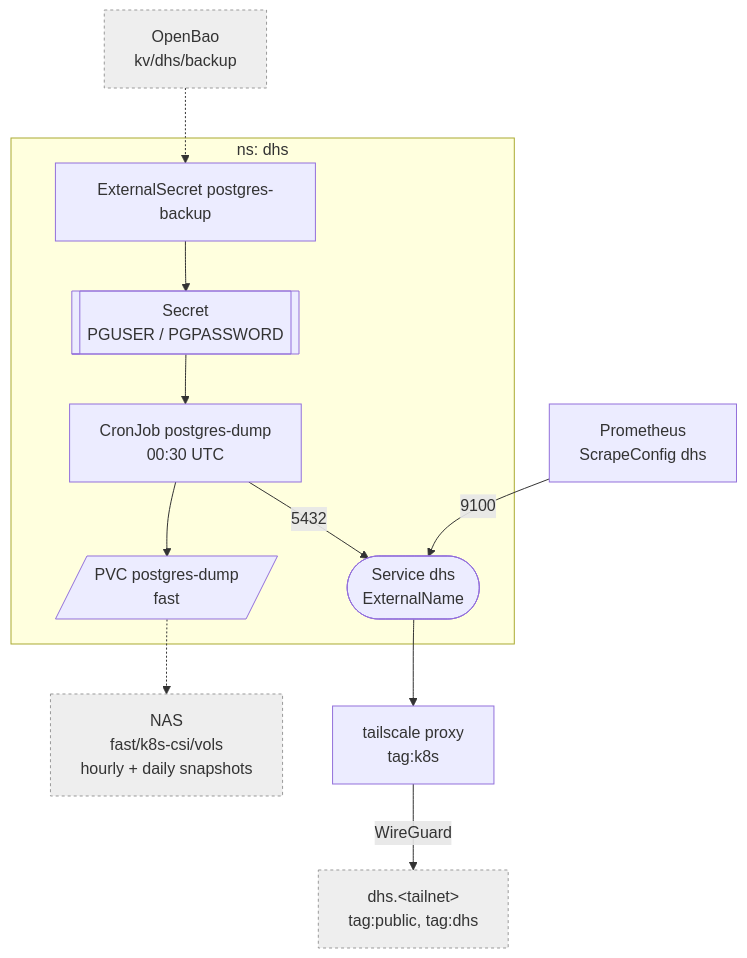
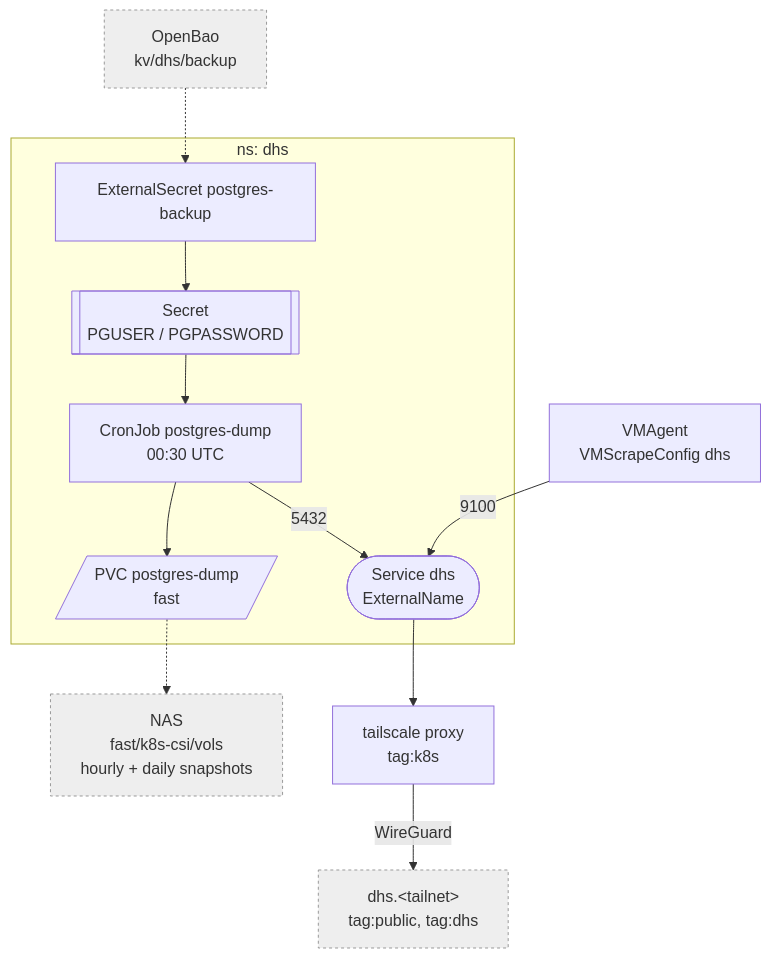
One commit to Sojamann/homelab-apps changed the diagram in docs/dhs.md. Above: the diagram before and after it, drawn with Mermaid. The commit also changed other lines of this file and 31 other files, not shown here.

````diff
--- a/docs/dhs.md
+++ b/docs/dhs.md
@@ -9,19 +9,19 @@
 ```mermaid
 graph TD
   subgraph d["ns: dhs"]
     ES["ExternalSecret postgres-backup"] --> SEC[["Secret<br/>PGUSER / PGPASSWORD"]]
     CJ["CronJob postgres-dump<br/>00:30 UTC"] --> PVC[/"PVC postgres-dump<br/>fast"/]
     SEC --> CJ
     SVC(["Service dhs<br/>ExternalName"])
   end
 
   CJ -->|5432| SVC
-  PROM["Prometheus<br/>ScrapeConfig dhs"] -->|9100| SVC
+  PROM["VMAgent<br/>VMScrapeConfig dhs"] -->|9100| SVC
   SVC --> PX["tailscale proxy<br/>tag:k8s"]
   PX -->|WireGuard| BOX["dhs.&lt;tailnet&gt;<br/>tag:public, tag:dhs"]
   PVC -.-> SNAP["NAS<br/>fast/k8s-csi/vols<br/>hourly + daily snapshots"]
   BAO["OpenBao<br/>kv/dhs/backup"] -.-> ES
 
   classDef ext fill:#eee,stroke:#999,stroke-dasharray:3 3;
   class BOX,SNAP,BAO ext;
 ```
````
